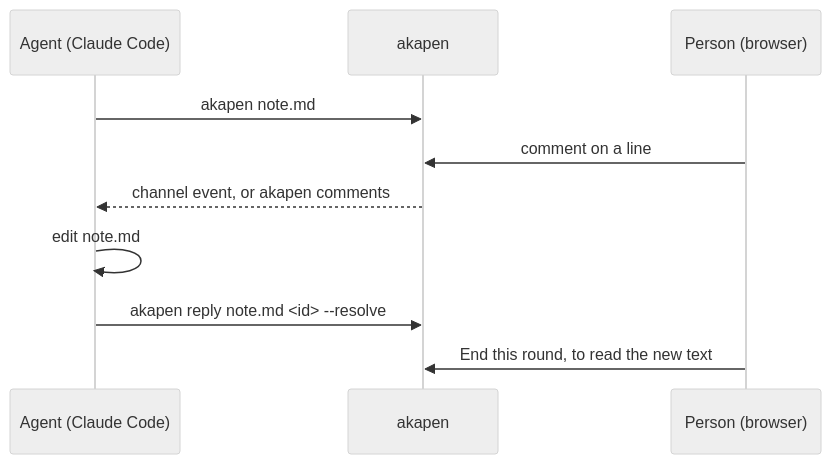
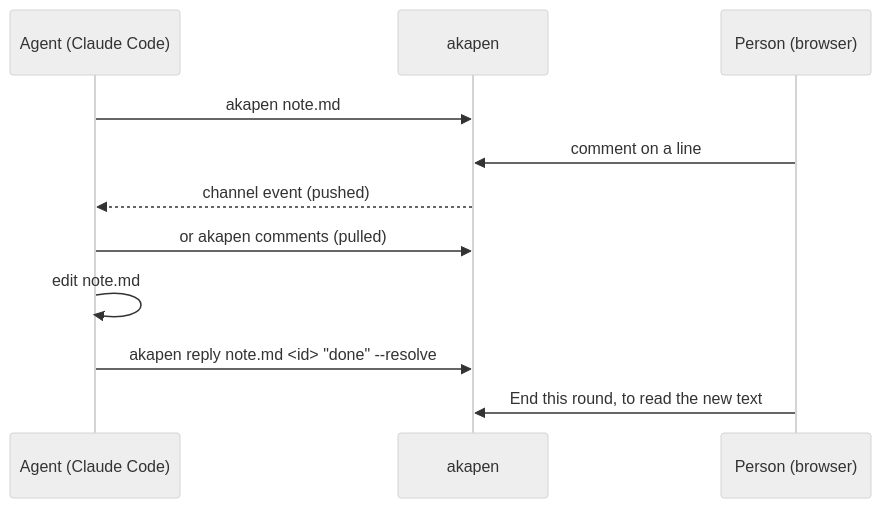
The diagram in README.md (TakashiAihara/akapen), drawn with Mermaid (neutral theme) before and after one commit. The commit also changed other lines of this file and 1 other file, not shown here.

````diff
--- a/README.md
+++ b/README.md
@@ -13,12 +13,13 @@
 ```mermaid
 sequenceDiagram
     participant A as Agent (Claude Code)
     participant K as akapen
     participant P as Person (browser)
     A->>K: akapen note.md
     P->>K: comment on a line
-    K-->>A: channel event, or akapen comments
+    K-->>A: channel event (pushed)
+    A->>K: or akapen comments (pulled)
     A->>A: edit note.md
-    A->>K: akapen reply note.md <id> --resolve
+    A->>K: akapen reply note.md <id> "done" --resolve
     P->>K: End this round, to read the new text
 ```
````
